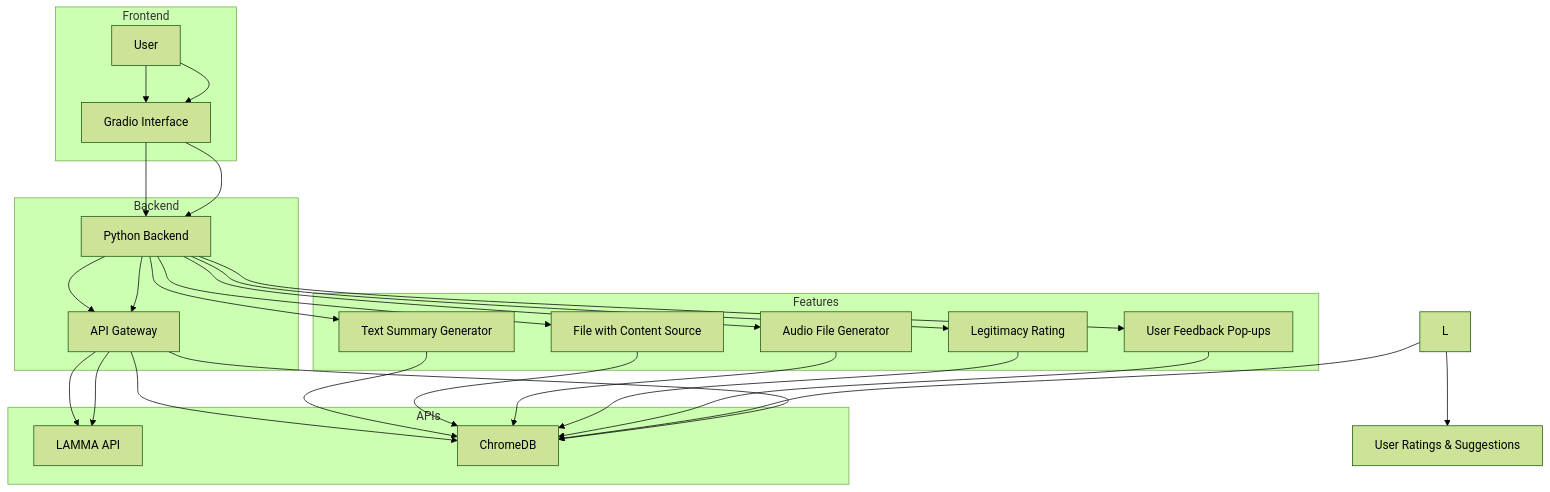
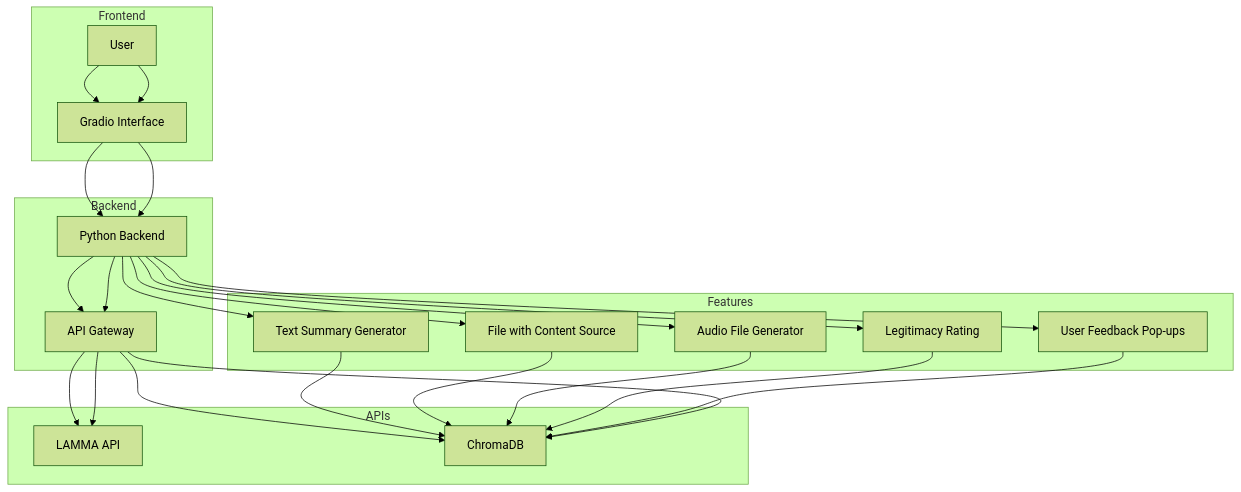
One commit to mithranm/llamasearch changed the diagram in docs/project-overview.md. Above: the diagram before and after it, drawn with Mermaid (forest theme).

Commit message:
still need to fix project-overview.md

````diff
--- a/docs/project-overview.md
+++ b/docs/project-overview.md
@@ -16,43 +16,39 @@
 ```mermaid
 graph TD
     subgraph Frontend
         A[User] --> B[Gradio Interface]
     end
   
     subgraph Backend
         B --> C[Python Backend]
         C --> D[API Gateway]
     end
   
     subgraph APIs
         D --> E[LAMMA API]
-        D --> F[ChromeDB]
+        D --> F[ChromaDB]
     end
   
     subgraph Features
         C --> G[Text Summary Generator]
         C --> H[File with Content Source]
         C --> I[Audio File Generator]
         C --> J[Legitimacy Rating]
         C --> K[User Feedback Pop-ups]
     end
 
     %% Data flow
-    G --> F[ChromeDB]  
-    H --> F[ChromeDB]
-    I --> F[ChromeDB]
-    J --> F[ChromeDB]
-    K --> F[ChromeDB]
-    L --> F[ChromeDB]
-  
-    %% Ratings and Suggestions
-    L --> M[User Ratings & Suggestions]
+    G --> F[ChromaDB]  
+    H --> F[ChromaDB]
+    I --> F[ChromaDB]
+    J --> F[ChromaDB]
+    K --> F[ChromaDB]
   
     %% Connections
     A[User] --> B[Gradio Interface]
     B --> C[Python Backend]
     C --> D[API Gateway]
     D --> E[LAMMA API]
-    D --> F[ChromeDB]
+    D --> F[ChromaDB]
 
 ```
````
